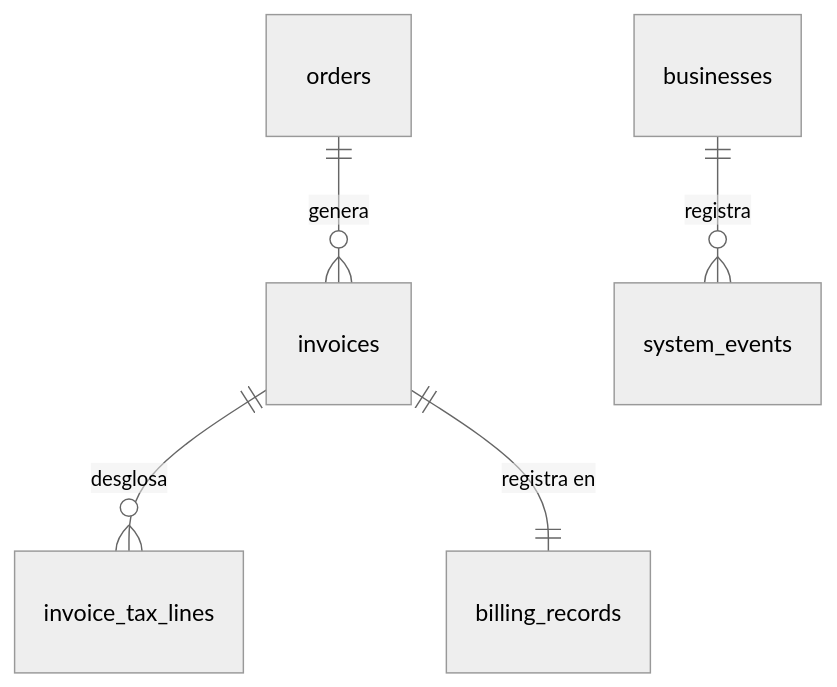
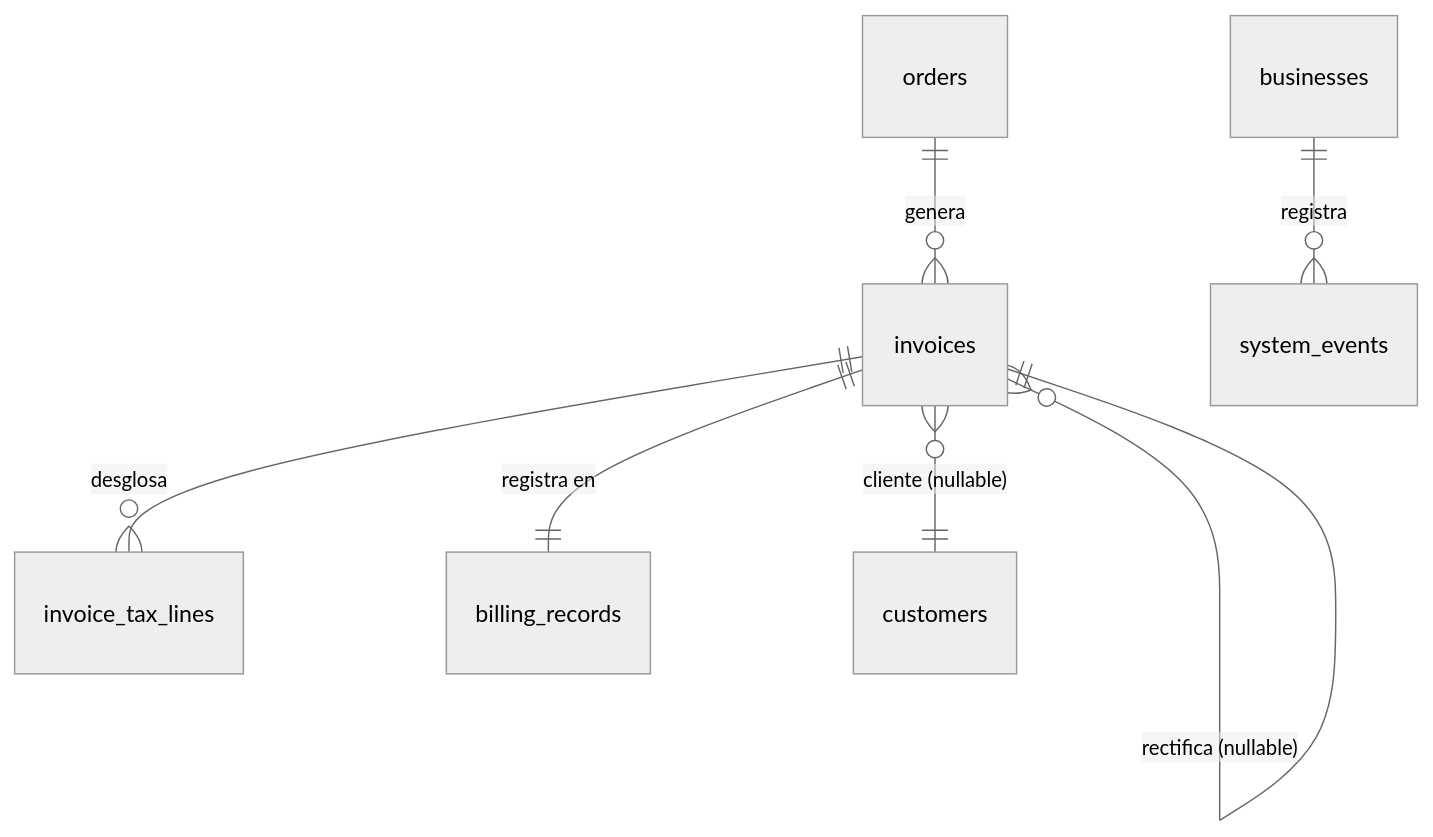
Before and after one commit to mkcodev/TPV-Advanced: the sixth of 6 diagrams in docs/DATABASE-SCHEMA.md, drawn with Mermaid (neutral theme). The commit also changed other lines of this file, not shown here.

Commit message:
docs: harden data model (legal chain, cash, customers, allergens)

````diff
--- a/docs/DATABASE-SCHEMA.md
+++ b/docs/DATABASE-SCHEMA.md
@@ -466,7 +533,9 @@
 ```mermaid
 erDiagram
     orders ||--o{ invoices : genera
     invoices ||--o{ invoice_tax_lines : desglosa
     invoices ||--|| billing_records : "registra en"
+    invoices }o--|| invoices : "rectifica (nullable)"
+    invoices }o--|| customers : "cliente (nullable)"
     businesses ||--o{ system_events : registra
 ```
````
